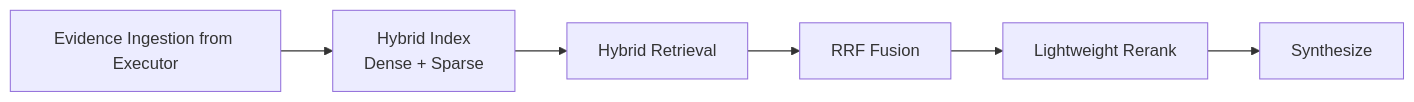
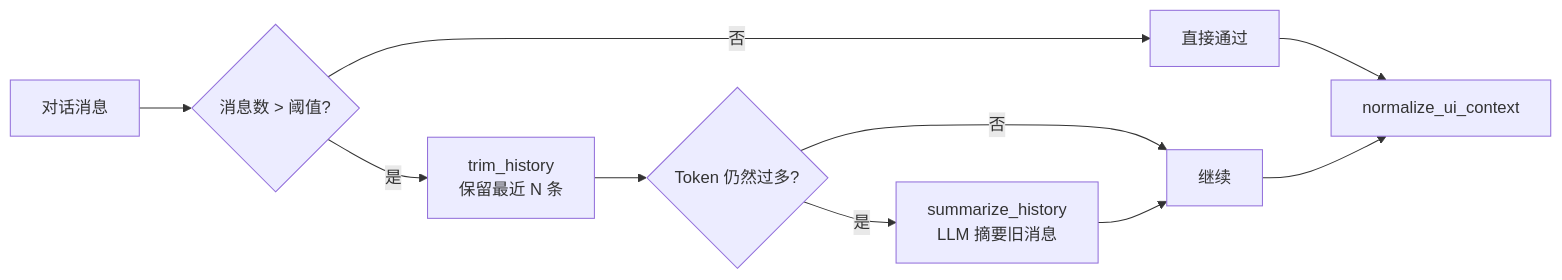
One commit to kkkano/FinSight changed the fourth of 5 diagrams in readme.md. Above: the diagram before and after it, drawn with Mermaid. The commit also changed other lines of this file and 42 other files, not shown here.

````diff
--- a/readme.md
+++ b/readme.md
@@ -107,8 +276,14 @@
 ```mermaid
 flowchart LR
-    INGEST[Evidence Ingestion from Executor] --> IDX[Hybrid Index\nDense + Sparse]
-    IDX --> RETR[Hybrid Retrieval]
-    RETR --> RRF[RRF Fusion]
-    RRF --> RERANK[Lightweight Rerank]
-    RERANK --> SYN[Synthesize]
+    MSG[对话消息] --> TRIM{消息数 > 阈值?}
+    TRIM -->|是| CUT[trim_history<br/>保留最近 N 条]
+    TRIM -->|否| PASS[直接通过]
+
+    CUT --> SUM{Token 仍然过多?}
+    SUM -->|是| SUMM[summarize_history<br/>LLM 摘要旧消息]
+    SUM -->|否| PASS2[继续]
+
+    SUMM --> PASS2
+    PASS --> NUI[normalize_ui_context]
+    PASS2 --> NUI
 ```
````
